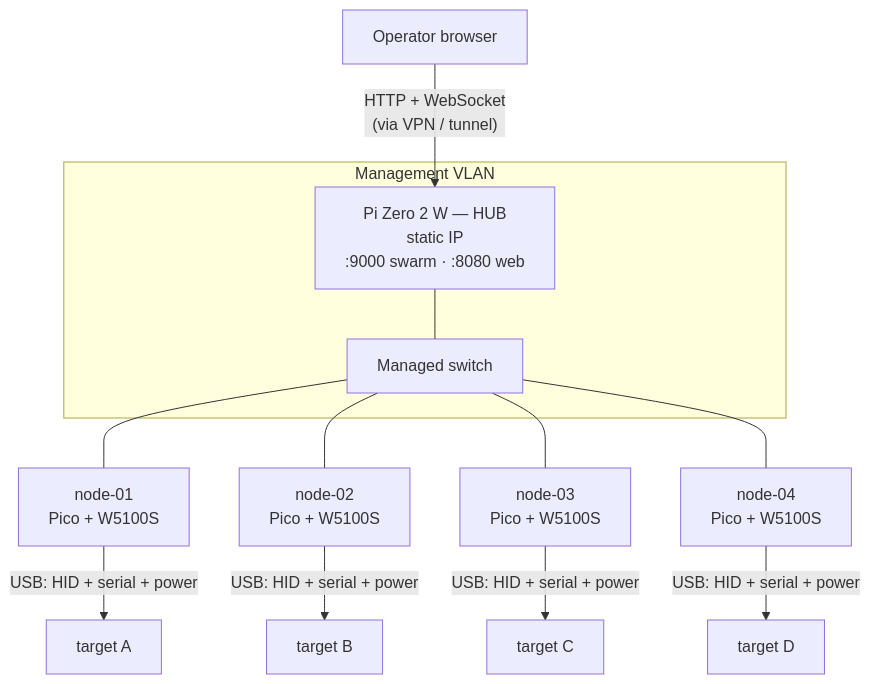
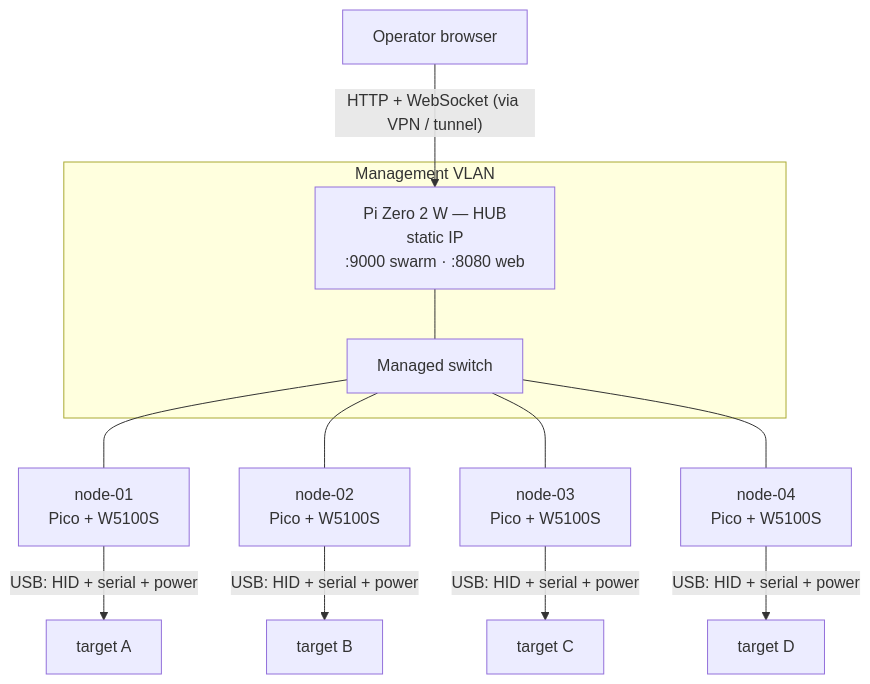
Before and after one commit to morpheuslord/PICOTTY: the second of 14 diagrams in README.md, drawn with Mermaid. The commit also changed other lines of this file and 6 other files, not shown here.

First line of the commit message:
Add dashboard screenshots + macro editor UI; expand README BOM; fix mermaid edge label

````diff
--- a/README.md
+++ b/README.md
@@ -100,20 +143,20 @@
 ```mermaid
 graph TB
   subgraph MGMT["Management VLAN"]
     HUB["Pi Zero 2 W — HUB<br/>static IP<br/>:9000 swarm · :8080 web"]
     SW["Managed switch"]
     HUB --- SW
   end
 
   SW --- N1["node-01<br/>Pico + W5100S"]
   SW --- N2["node-02<br/>Pico + W5100S"]
   SW --- N3["node-03<br/>Pico + W5100S"]
   SW --- N4["node-04<br/>Pico + W5100S"]
 
   N1 -->|"USB: HID + serial + power"| T1["target A"]
   N2 -->|"USB: HID + serial + power"| T2["target B"]
   N3 -->|"USB: HID + serial + power"| T3["target C"]
   N4 -->|"USB: HID + serial + power"| T4["target D"]
 
-  OP["Operator browser"] -->|"HTTP + WebSocket<br/>(via VPN / tunnel)"| HUB
+  OP["Operator browser"] -->|"HTTP + WebSocket (via VPN / tunnel)"| HUB
 ```
````
